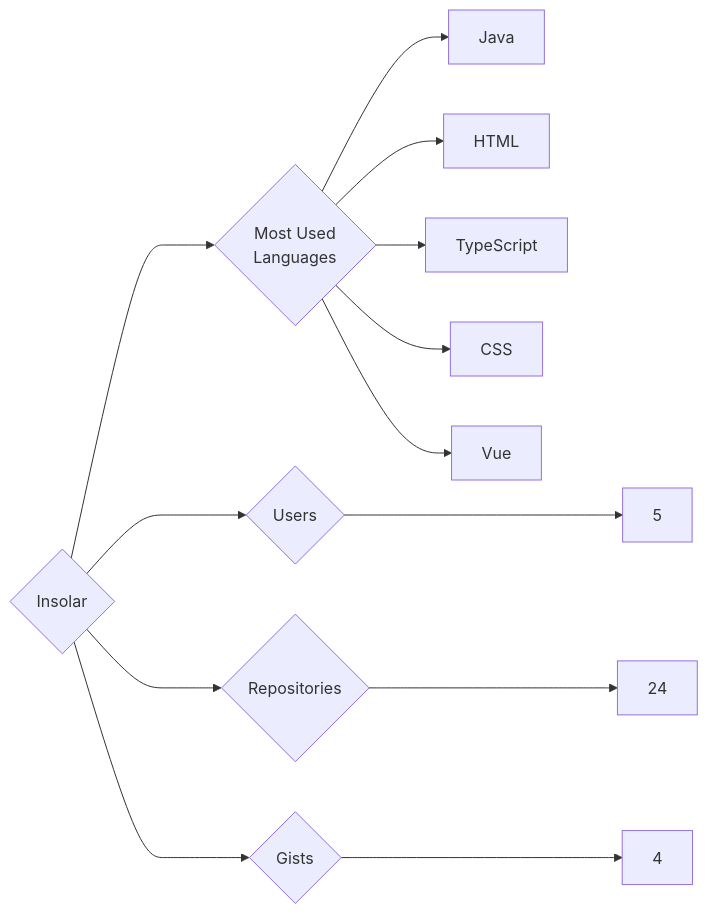
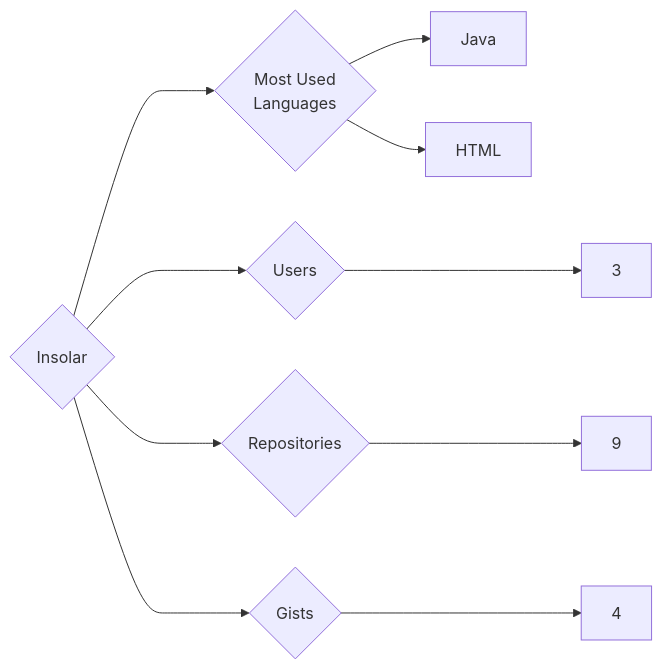
Before and after one commit to trickest/insiders: the diagram in targets/Insolar/README.md, drawn with Mermaid. The commit also changed 699 other files, not shown here.

````diff
--- a/targets/Insolar/README.md
+++ b/targets/Insolar/README.md
@@ -3,13 +3,10 @@
 ```mermaid
 graph LR
 COMPANY_NAME{Insolar}
-COMPANY_NAME ---> U{Users} ---> UN[5]
-COMPANY_NAME ---> R{Repositories} ---> RN[24]
+COMPANY_NAME ---> U{Users} ---> UN[3]
+COMPANY_NAME ---> R{Repositories} ---> RN[9]
 COMPANY_NAME ---> G{Gists} ---> GN[4]
 COMPANY_NAME ---> ML{Most Used<br>Languages}
 ML --> Java[Java]
 ML --> HTML[HTML]
-ML --> TypeScript[TypeScript]
-ML --> CSS[CSS]
-ML --> Vue[Vue]
 ```
````
